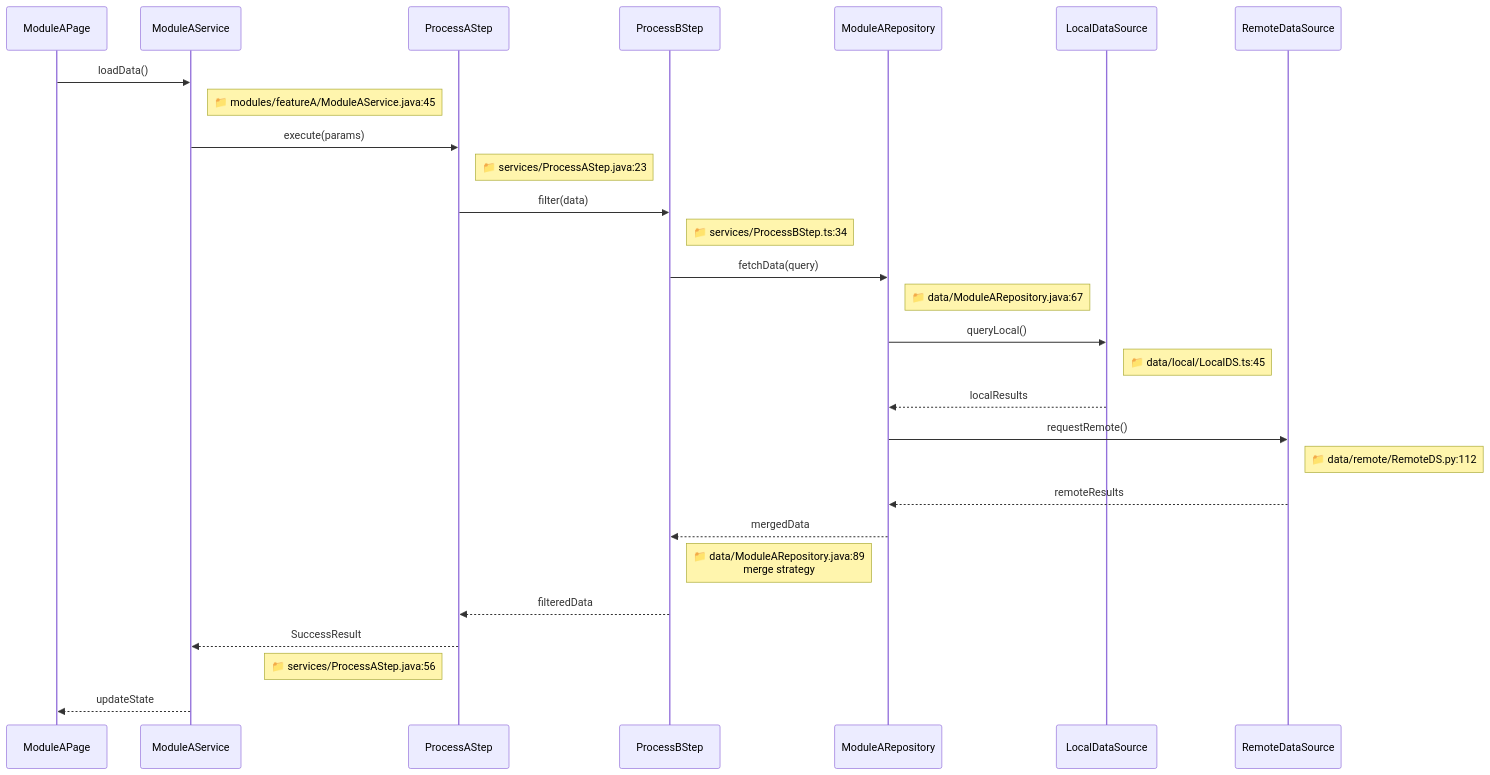
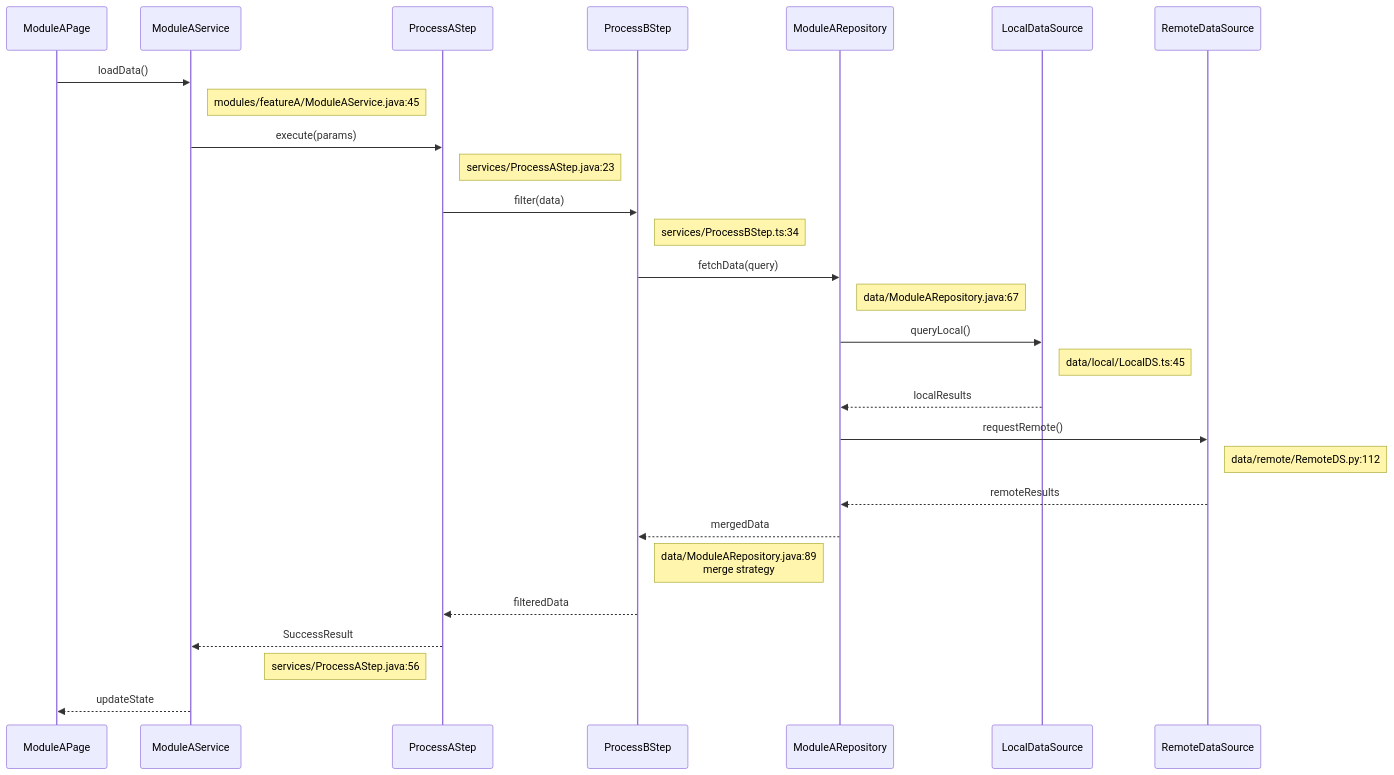
The fourth of 12 diagrams in references/template.md (CaostGrace/project-arch-reverse), drawn with Mermaid before and after one commit. The commit also changed other lines of this file and 10 other files, not shown here.

Commit message:
fix: 修复 12.1 流程图 Mermaid 渲染问题 - 结构重组+节点引号+形状修复

````diff
--- a/references/template.md
+++ b/references/template.md
@@ -216,31 +228,31 @@
 ```mermaid
 sequenceDiagram
     participant UI as ModuleAPage
     participant Logic as ModuleAService
     participant UC_A as ProcessAStep
     participant UC_B as ProcessBStep
     participant Repo as ModuleARepository
     participant Local as LocalDataSource
     participant Remote as RemoteDataSource
 
     UI->>Logic: loadData()
-    Note right of Logic: 📁 modules/featureA/ModuleAService.java:45
+    Note right of Logic:  modules/featureA/ModuleAService.java:45
     Logic->>UC_A: execute(params)
-    Note right of UC_A: 📁 services/ProcessAStep.java:23
+    Note right of UC_A:  services/ProcessAStep.java:23
     UC_A->>UC_B: filter(data)
-    Note right of UC_B: 📁 services/ProcessBStep.ts:34
+    Note right of UC_B:  services/ProcessBStep.ts:34
     UC_B->>Repo: fetchData(query)
-    Note right of Repo: 📁 data/ModuleARepository.java:67
+    Note right of Repo:  data/ModuleARepository.java:67
     Repo->>Local: queryLocal()
-    Note right of Local: 📁 data/local/LocalDS.ts:45
+    Note right of Local:  data/local/LocalDS.ts:45
     Local-->>Repo: localResults
     Repo->>Remote: requestRemote()
-    Note right of Remote: 📁 data/remote/RemoteDS.py:112
+    Note right of Remote:  data/remote/RemoteDS.py:112
     Remote-->>Repo: remoteResults
     Repo-->>UC_B: mergedData
-    Note left of Repo: 📁 data/ModuleARepository.java:89<br/>merge strategy
+    Note left of Repo:  data/ModuleARepository.java:89<br>merge strategy
     UC_B-->>UC_A: filteredData
     UC_A-->>Logic: SuccessResult
-    Note left of UC_A: 📁 services/ProcessAStep.java:56
+    Note left of UC_A:  services/ProcessAStep.java:56
     Logic-->>UI: updateState
 ```
````
